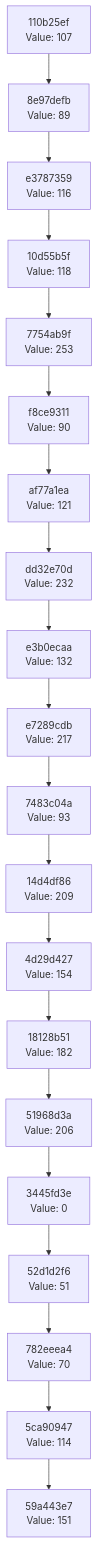
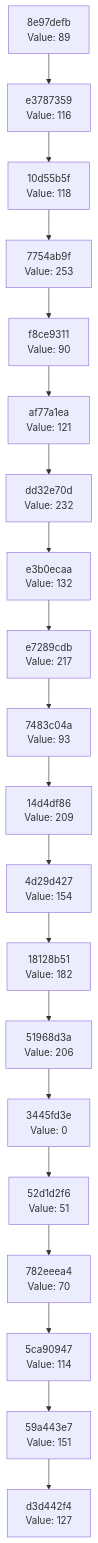
The diagram in docs/CHAIN_VISUALIZATION.md (Abhisheksinha1506/hash-chain-evolver), drawn with Mermaid before and after one commit. The commit also changed 1 other file, not shown here.

Commit message:
Evolution step: hash 0x7F → action executed

````diff
--- a/docs/CHAIN_VISUALIZATION.md
+++ b/docs/CHAIN_VISUALIZATION.md
@@ -3,42 +3,42 @@
 ```mermaid
 graph TD
-    C0["59a443e7<br/>Value: 151"]
-    C1["5ca90947<br/>Value: 114"]
+    C0["d3d442f4<br/>Value: 127"]
+    C1["59a443e7<br/>Value: 151"]
     C1 --> C0
-    C2["782eeea4<br/>Value: 70"]
+    C2["5ca90947<br/>Value: 114"]
     C2 --> C1
-    C3["52d1d2f6<br/>Value: 51"]
+    C3["782eeea4<br/>Value: 70"]
     C3 --> C2
-    C4["3445fd3e<br/>Value: 0"]
+    C4["52d1d2f6<br/>Value: 51"]
     C4 --> C3
-    C5["51968d3a<br/>Value: 206"]
+    C5["3445fd3e<br/>Value: 0"]
     C5 --> C4
-    C6["18128b51<br/>Value: 182"]
+    C6["51968d3a<br/>Value: 206"]
     C6 --> C5
-    C7["4d29d427<br/>Value: 154"]
+    C7["18128b51<br/>Value: 182"]
     C7 --> C6
-    C8["14d4df86<br/>Value: 209"]
+    C8["4d29d427<br/>Value: 154"]
     C8 --> C7
-    C9["7483c04a<br/>Value: 93"]
+    C9["14d4df86<br/>Value: 209"]
     C9 --> C8
-    C10["e7289cdb<br/>Value: 217"]
+    C10["7483c04a<br/>Value: 93"]
     C10 --> C9
-    C11["e3b0ecaa<br/>Value: 132"]
+    C11["e7289cdb<br/>Value: 217"]
     C11 --> C10
-    C12["dd32e70d<br/>Value: 232"]
+    C12["e3b0ecaa<br/>Value: 132"]
     C12 --> C11
-    C13["af77a1ea<br/>Value: 121"]
+    C13["dd32e70d<br/>Value: 232"]
     C13 --> C12
-    C14["f8ce9311<br/>Value: 90"]
+    C14["af77a1ea<br/>Value: 121"]
     C14 --> C13
-    C15["7754ab9f<br/>Value: 253"]
+    C15["f8ce9311<br/>Value: 90"]
     C15 --> C14
-    C16["10d55b5f<br/>Value: 118"]
+    C16["7754ab9f<br/>Value: 253"]
     C16 --> C15
-    C17["e3787359<br/>Value: 116"]
+    C17["10d55b5f<br/>Value: 118"]
     C17 --> C16
-    C18["8e97defb<br/>Value: 89"]
+    C18["e3787359<br/>Value: 116"]
     C18 --> C17
-    C19["110b25ef<br/>Value: 107"]
+    C19["8e97defb<br/>Value: 89"]
     C19 --> C18
 ```
````
